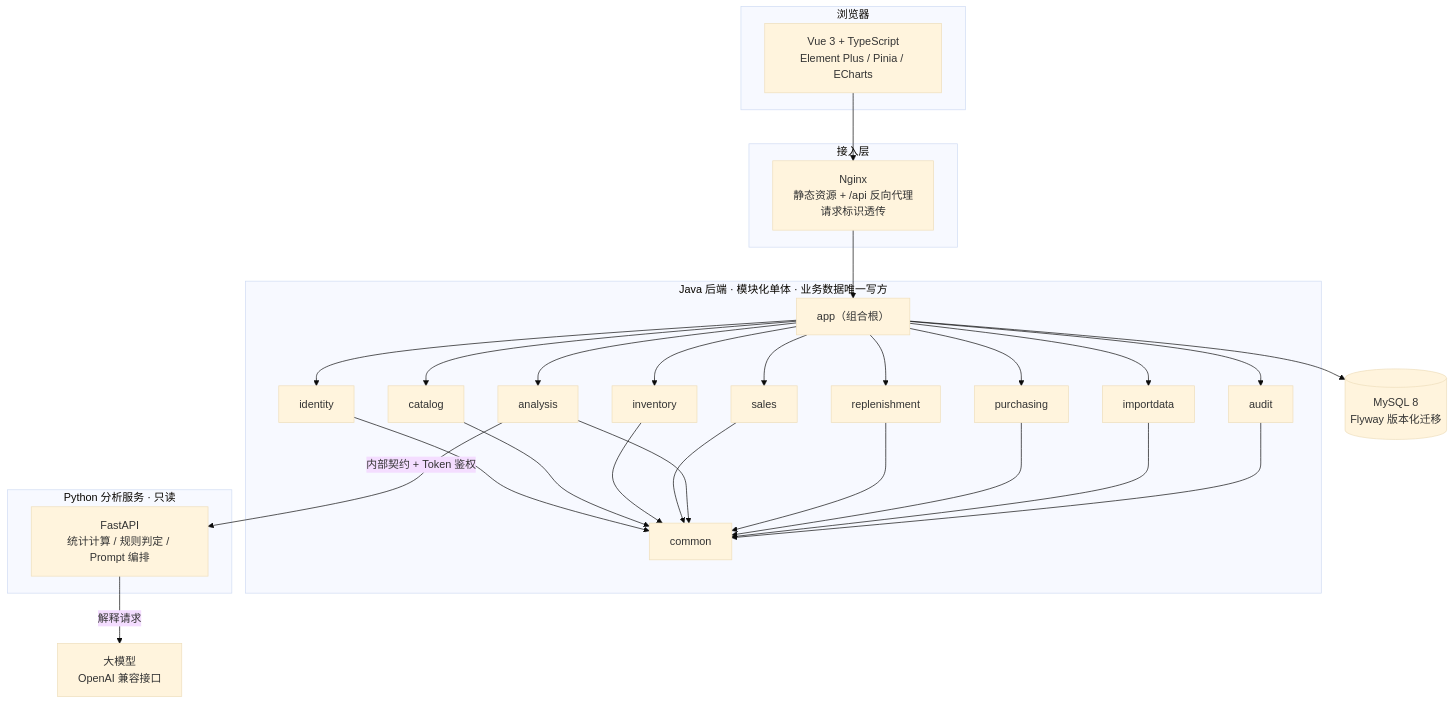
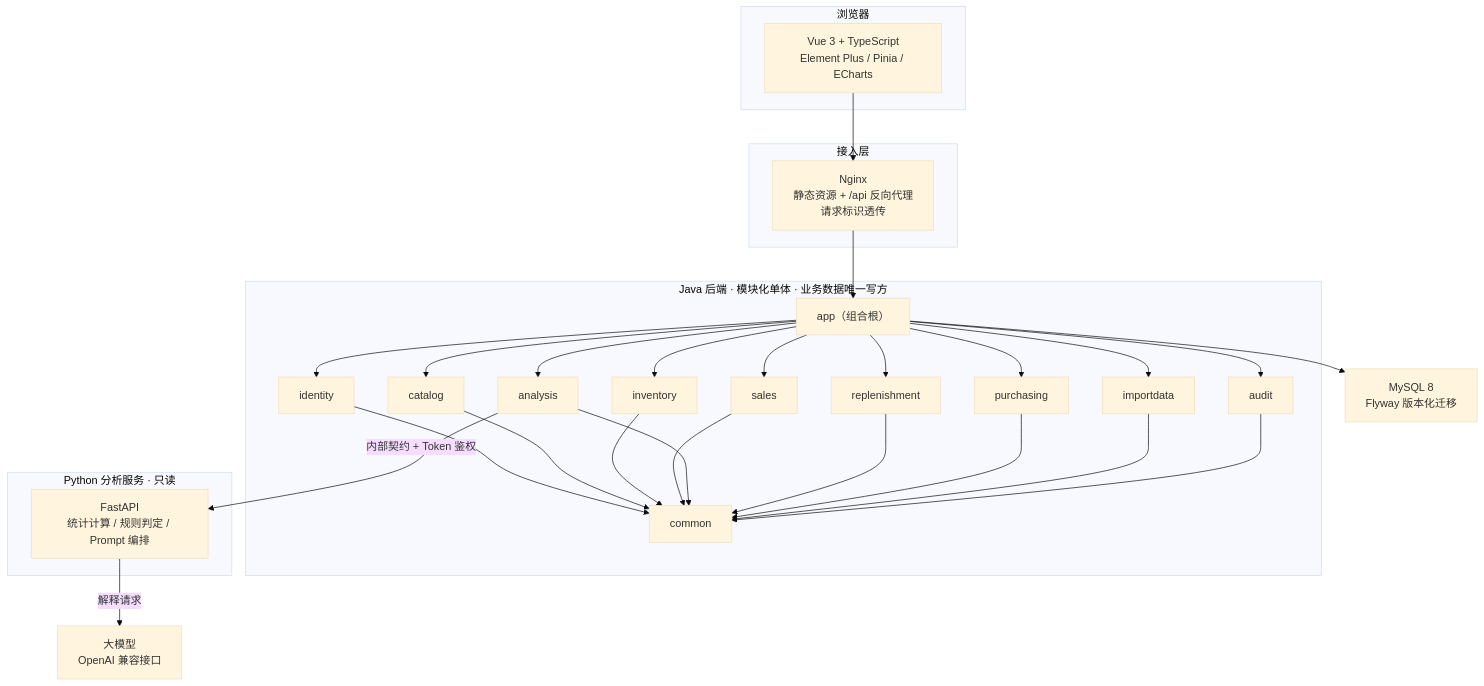
One commit to xy98773-jpg/shoppilot-ai changed the diagram in README.md. Above: the diagram before and after it, drawn with Mermaid (base theme).

Commit message:
docs: 架构图改用矩形数据节点
GitHub 渲染器不支持圆柱节点语法 [("...")]，导致整图渲染失败；
改为标准矩形节点，语义由文案表达

````diff
--- a/README.md
+++ b/README.md
@@ -39,55 +39,55 @@
 ```mermaid
 flowchart TB
     subgraph Z_BROWSER[浏览器]
         FE["Vue 3 + TypeScript<br/>Element Plus / Pinia / ECharts"]
     end
 
     subgraph Z_EDGE[接入层]
         NG["Nginx<br/>静态资源 + /api 反向代理<br/>请求标识透传"]
     end
 
     subgraph Z_JAVA[Java 后端 · 模块化单体 · 业务数据唯一写方]
         APP["app（组合根）"]
         IDN["identity"]
         CAT["catalog"]
         INV["inventory"]
         SAL["sales"]
         ANA["analysis"]
         RPL["replenishment"]
         PUR["purchasing"]
         IMP["importdata"]
         AUD["audit"]
         CMN["common"]
     end
 
     subgraph Z_PY[Python 分析服务 · 只读]
         SA["FastAPI<br/>统计计算 / 规则判定 / Prompt 编排"]
     end
 
-    DB[("MySQL 8<br/>Flyway 版本化迁移")]
+    DB["MySQL 8<br/>Flyway 版本化迁移"]
     LLM["大模型<br/>OpenAI 兼容接口"]
 
     FE --> NG
     NG --> APP
     APP --> IDN
     APP --> CAT
     APP --> INV
     APP --> SAL
     APP --> ANA
     APP --> RPL
     APP --> PUR
     APP --> IMP
     APP --> AUD
     IDN --> CMN
     CAT --> CMN
     INV --> CMN
     SAL --> CMN
     ANA --> CMN
     RPL --> CMN
     PUR --> CMN
     IMP --> CMN
     AUD --> CMN
     APP --> DB
     ANA -->|"内部契约 + Token 鉴权"| SA
     SA -->|"解释请求"| LLM
 ```
````
